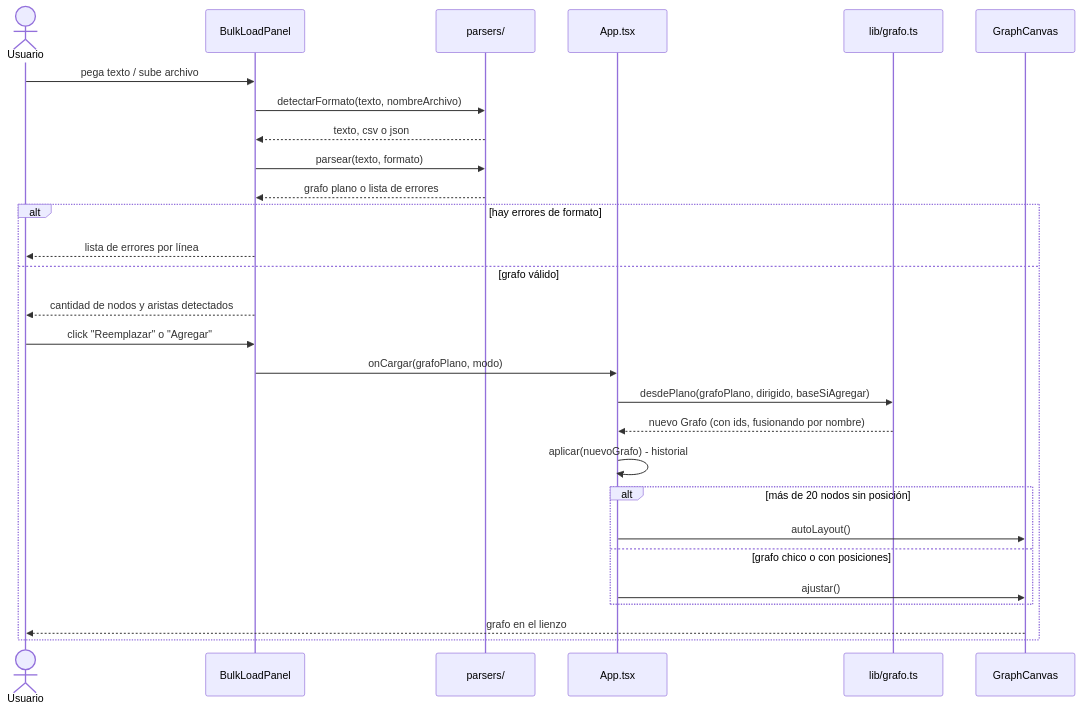
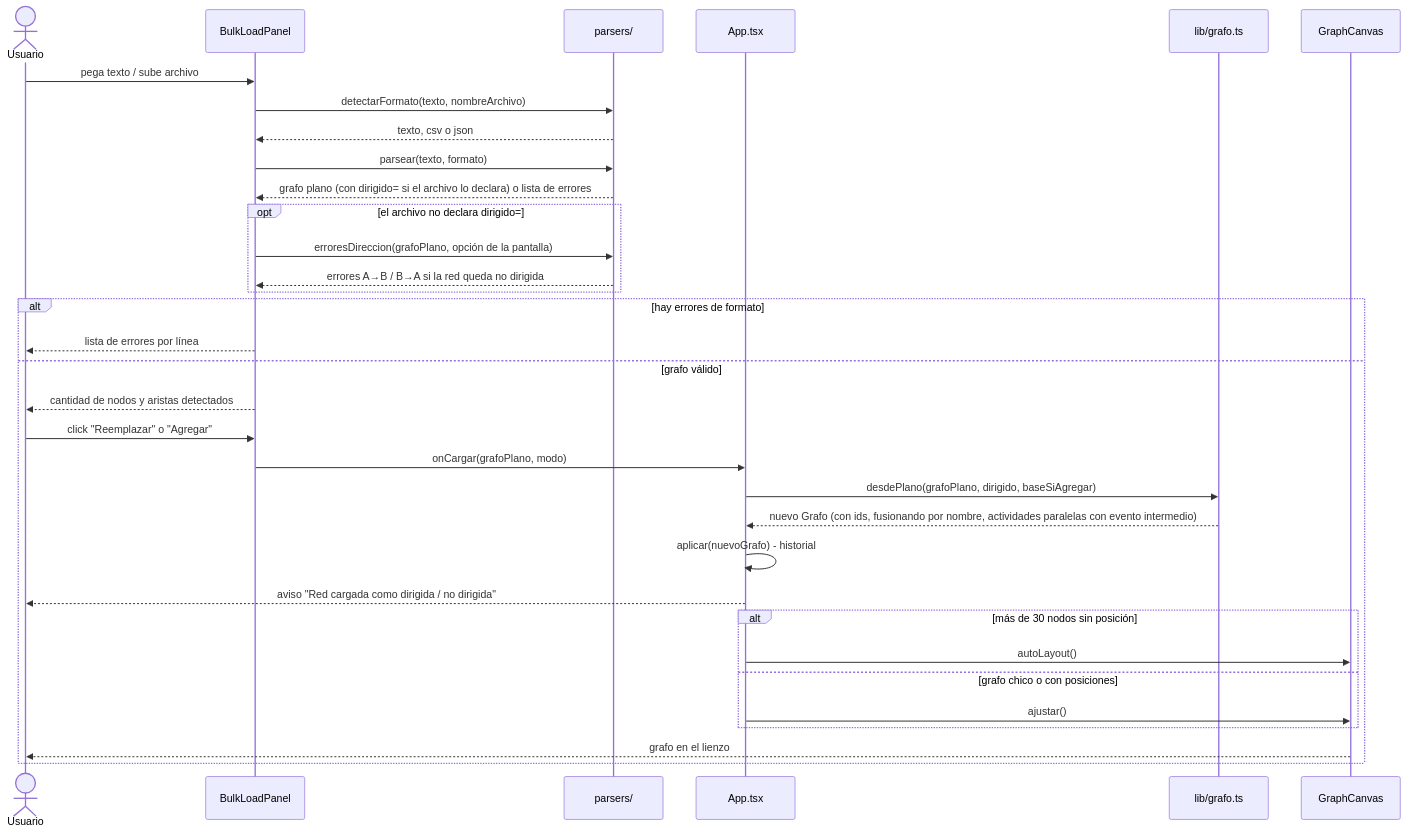
The fourth of 6 diagrams in docs/04-diagramas.md (jppirra/iop), drawn with Mermaid before and after one commit. The commit also changed 7 other files, not shown here.

````diff
--- a/docs/04-diagramas.md
+++ b/docs/04-diagramas.md
@@ -181,32 +181,37 @@
 ```mermaid
 sequenceDiagram
     actor U as Usuario
     participant BLP as BulkLoadPanel
     participant Parsers as parsers/
     participant App as App.tsx
     participant LibGrafo as lib/grafo.ts
     participant GC as GraphCanvas
 
     U->>BLP: pega texto / sube archivo
     BLP->>Parsers: detectarFormato(texto, nombreArchivo)
     Parsers-->>BLP: texto, csv o json
     BLP->>Parsers: parsear(texto, formato)
-    Parsers-->>BLP: grafo plano o lista de errores
+    Parsers-->>BLP: grafo plano (con dirigido= si el archivo lo declara) o lista de errores
+    opt el archivo no declara dirigido=
+        BLP->>Parsers: erroresDireccion(grafoPlano, opción de la pantalla)
+        Parsers-->>BLP: errores A→B / B→A si la red queda no dirigida
+    end
 
     alt hay errores de formato
         BLP-->>U: lista de errores por línea
     else grafo válido
         BLP-->>U: cantidad de nodos y aristas detectados
         U->>BLP: click "Reemplazar" o "Agregar"
         BLP->>App: onCargar(grafoPlano, modo)
         App->>LibGrafo: desdePlano(grafoPlano, dirigido, baseSiAgregar)
-        LibGrafo-->>App: nuevo Grafo (con ids, fusionando por nombre)
+        LibGrafo-->>App: nuevo Grafo (con ids, fusionando por nombre, actividades paralelas con evento intermedio)
         App->>App: aplicar(nuevoGrafo) - historial
-        alt más de 20 nodos sin posición
+        App-->>U: aviso "Red cargada como dirigida / no dirigida"
+        alt más de 30 nodos sin posición
             App->>GC: autoLayout()
         else grafo chico o con posiciones
             App->>GC: ajustar()
         end
         GC-->>U: grafo en el lienzo
     end
 ```
````
